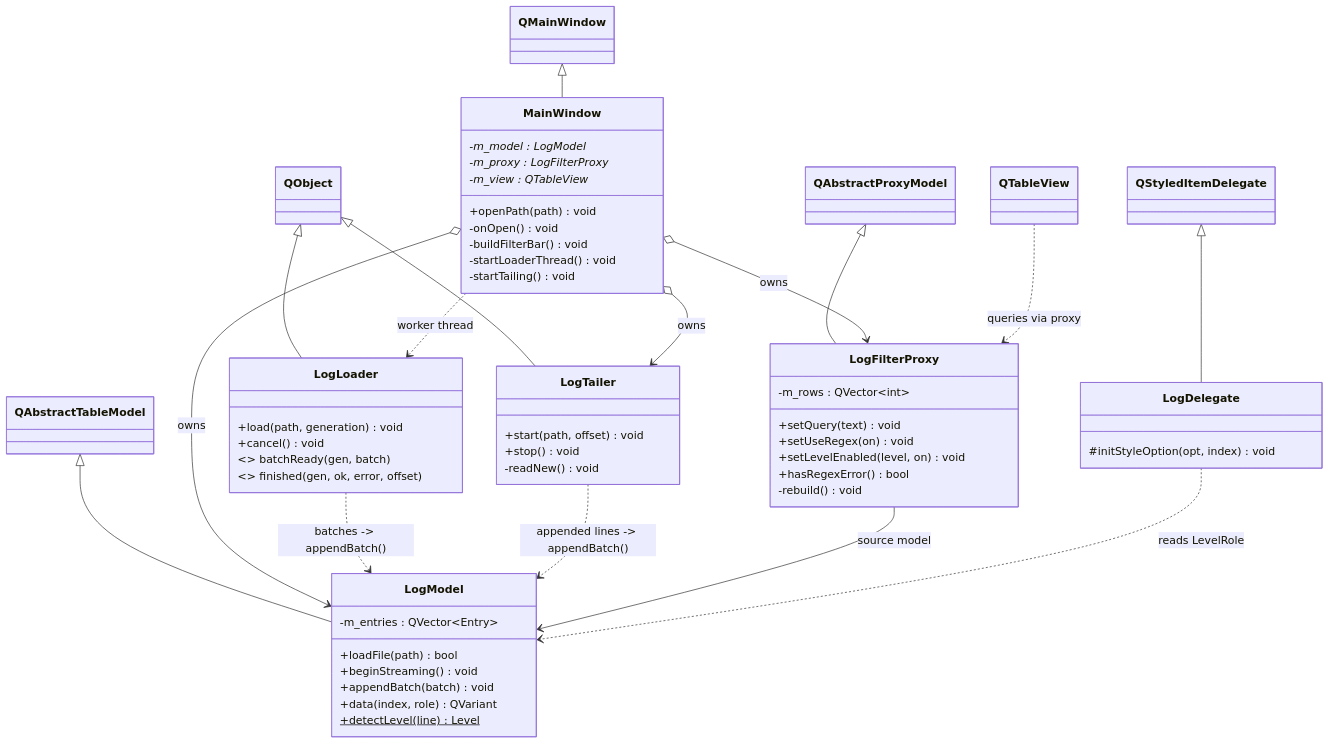
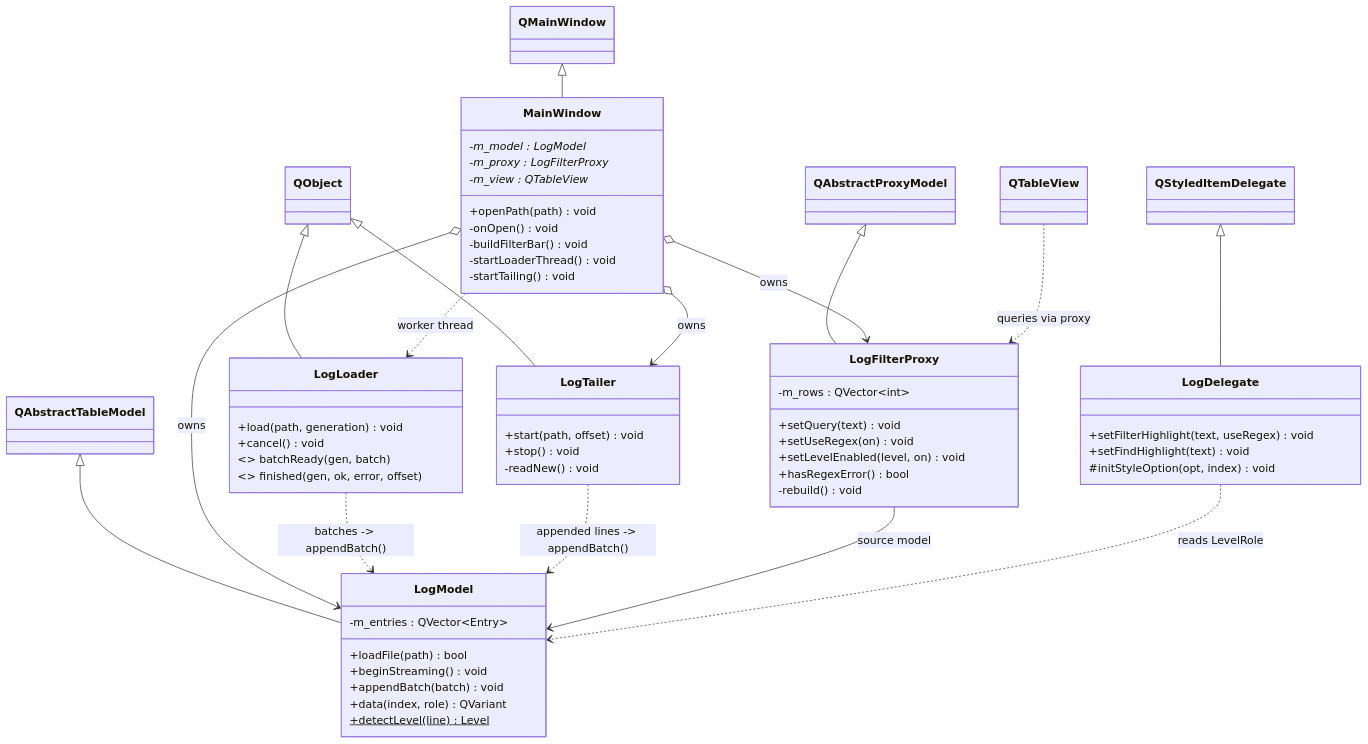
The first of 2 diagrams in README.md (MvpBruce/LogLens), drawn with Mermaid before and after one commit. The commit also changed other lines of this file and 4 other files, not shown here.

Commit message:
Highlight filter and find matches in log messages

````diff
--- a/README.md
+++ b/README.md
@@ -65,65 +66,67 @@
 ```mermaid
 classDiagram
     class QMainWindow
     class QAbstractTableModel
     class QAbstractProxyModel
     class QStyledItemDelegate
     class QObject
 
     class MainWindow {
         +openPath(path) void
         -onOpen() void
         -buildFilterBar() void
         -startLoaderThread() void
         -startTailing() void
         -m_model : LogModel*
         -m_proxy : LogFilterProxy*
         -m_view : QTableView*
     }
     class LogModel {
         +loadFile(path) bool
         +beginStreaming() void
         +appendBatch(batch) void
         +data(index, role) QVariant
         +detectLevel(line)$ Level
         -m_entries : QVector~Entry~
     }
     class LogFilterProxy {
         +setQuery(text) void
         +setUseRegex(on) void
         +setLevelEnabled(level, on) void
         +hasRegexError() bool
         -rebuild() void
         -m_rows : QVector~int~
     }
     class LogDelegate {
+        +setFilterHighlight(text, useRegex) void
+        +setFindHighlight(text) void
         #initStyleOption(opt, index) void
     }
     class LogLoader {
         +load(path, generation) void
         +cancel() void
         <<signal>> batchReady(gen, batch)
         <<signal>> finished(gen, ok, error, offset)
     }
     class LogTailer {
         +start(path, offset) void
         +stop() void
         -readNew() void
     }
 
     QMainWindow <|-- MainWindow
     QAbstractTableModel <|-- LogModel
     QAbstractProxyModel <|-- LogFilterProxy
     QStyledItemDelegate <|-- LogDelegate
     QObject <|-- LogLoader
     QObject <|-- LogTailer
     MainWindow o--> LogModel : owns
     MainWindow o--> LogFilterProxy : owns
     MainWindow o--> LogTailer : owns
     MainWindow ..> LogLoader : worker thread
     LogLoader ..> LogModel : batches -> appendBatch()
     LogTailer ..> LogModel : appended lines -> appendBatch()
     LogFilterProxy --> LogModel : source model
     QTableView ..> LogFilterProxy : queries via proxy
     LogDelegate ..> LogModel : reads LevelRole
 ```
````
